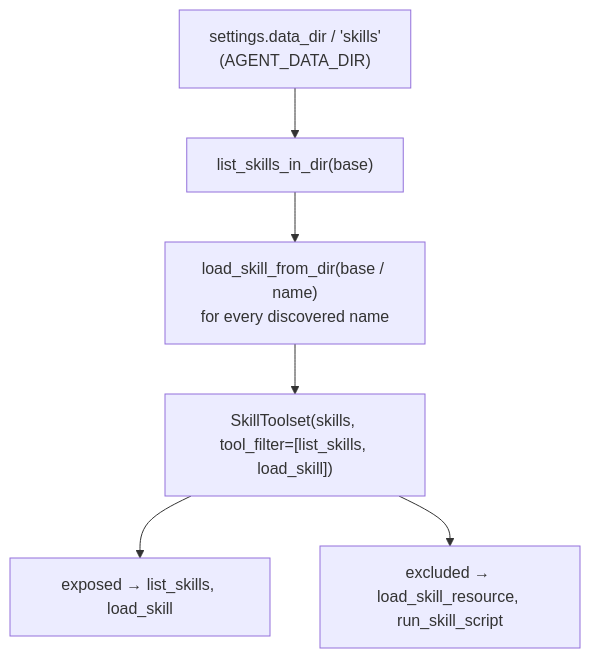
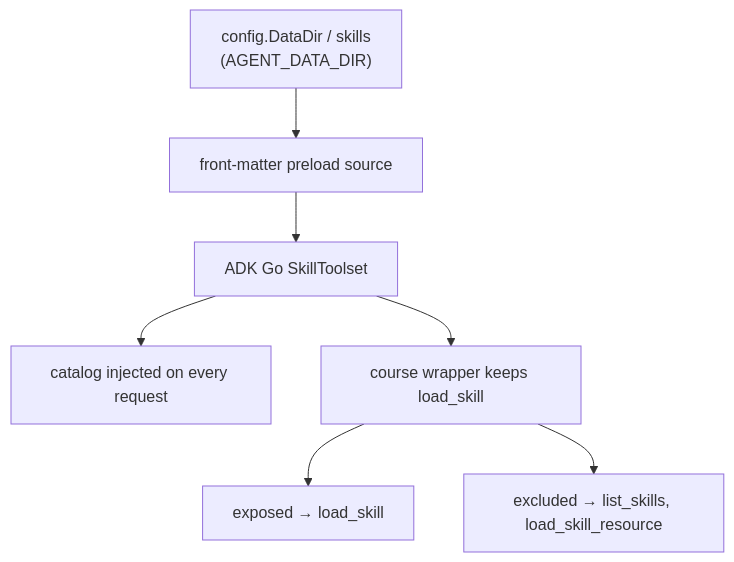
The second of 2 diagrams in content/3. Capabilities/3.2. Skills.md (LuiGGi629/agentops-open-course), drawn with Mermaid before and after one commit. The commit also changed other lines of this file and 87 other files, not shown here.

````diff
--- a/content/3. Capabilities/3.2. Skills.md
+++ b/content/3. Capabilities/3.2. Skills.md
@@ -140,8 +124,9 @@
 ```mermaid
 flowchart TB
-    D["settings.data_dir / 'skills'<br/>(AGENT_DATA_DIR)"] --> L["list_skills_in_dir(base)"]
-    L --> F["load_skill_from_dir(base / name)<br/>for every discovered name"]
-    F --> TS["SkillToolset(skills, tool_filter=[list_skills, load_skill])"]
-    TS --> E1["exposed → list_skills, load_skill"]
-    TS --> E2["excluded → load_skill_resource, run_skill_script"]
+    D["config.DataDir / skills<br/>(AGENT_DATA_DIR)"] --> L["front-matter preload source"]
+    L --> F["ADK Go SkillToolset"]
+    F --> C["catalog injected on every request"]
+    F --> TS["course wrapper keeps load_skill"]
+    TS --> E1["exposed → load_skill"]
+    TS --> E2["excluded → list_skills, load_skill_resource"]
 ```
````
